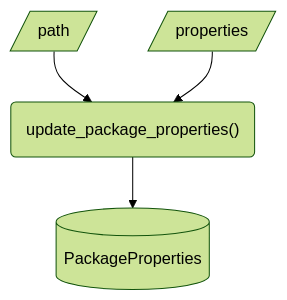
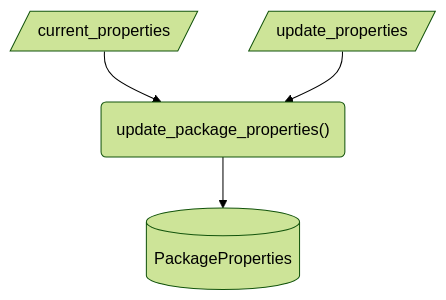
One commit to signekb/seedcase-sprout changed the second of 11 diagrams in docs/design/interface/functions.qmd. Above: the diagram before and after it, drawn with Mermaid (forest theme). The commit also changed other lines of this file and 7 other files, not shown here.

````diff
--- a/docs/design/interface/functions.qmd
+++ b/docs/design/interface/functions.qmd
@@ -75,10 +75,10 @@
 ```{mermaid}
 flowchart
-    in_path[/path/]
-    in_properties[/properties/]
+    in_current[/current_properties/]
+    in_updates[/update_properties/]
     function("update_package_properties()")
     out[("PackageProperties")]
-    in_path --> function
-    in_properties --> function
+    in_current --> function
+    in_updates --> function
     function --> out
 ```
````
